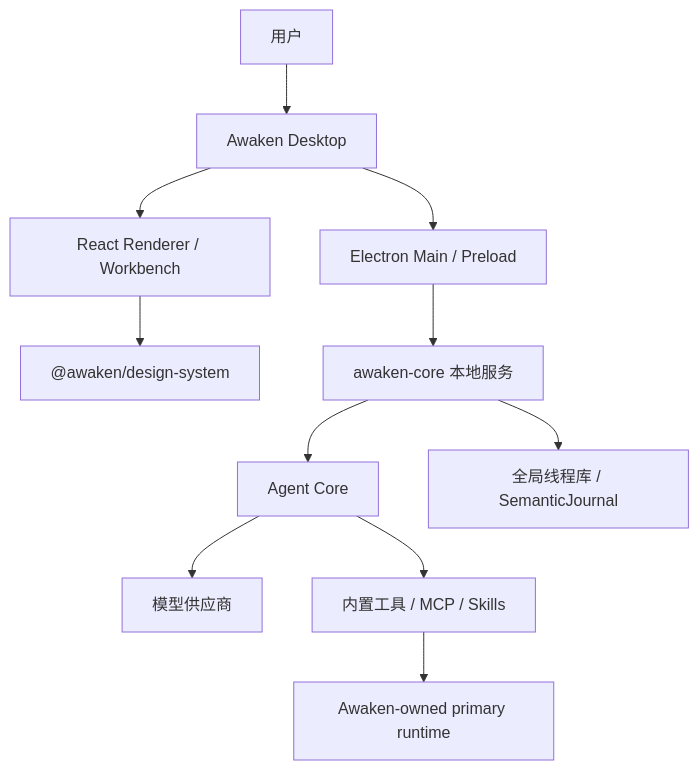
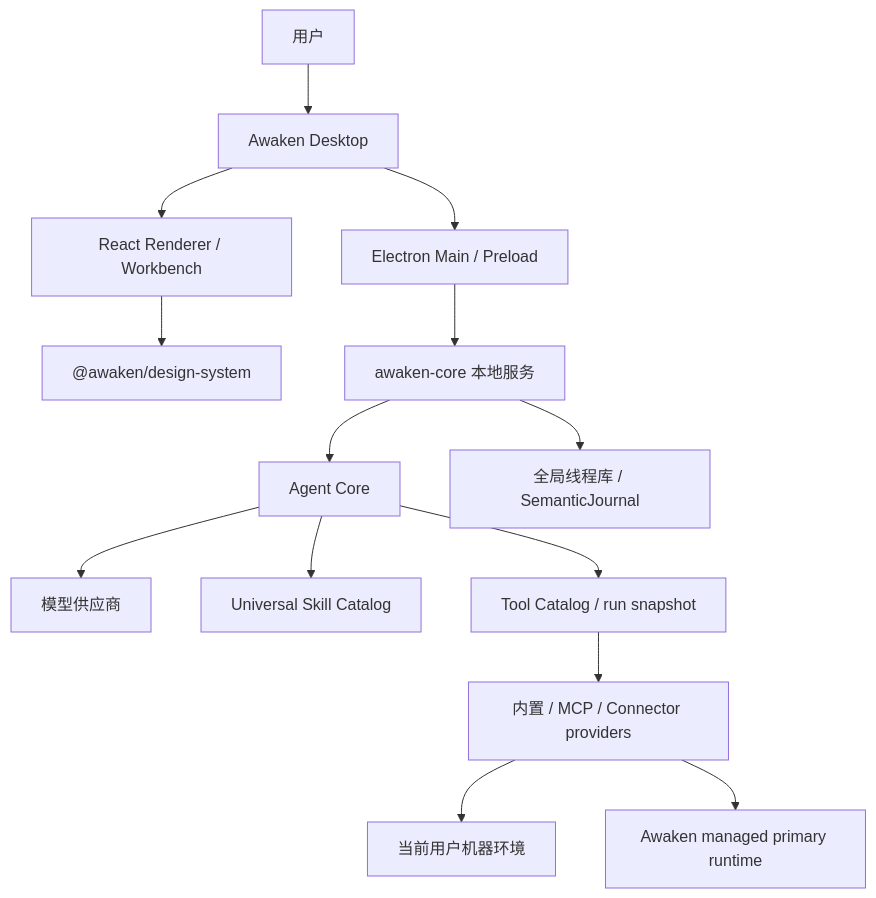
One commit to NolanGrant556/Awaken changed the diagram in README.md. Above: the diagram before and after it, drawn with Mermaid. The commit also changed other lines of this file and 72 other files, not shown here.

````diff
--- a/README.md
+++ b/README.md
@@ -39,13 +39,16 @@
 ```mermaid
 flowchart TD
   User["用户"] --> Desktop["Awaken Desktop"]
   Desktop --> Main["Electron Main / Preload"]
   Desktop --> Renderer["React Renderer / Workbench"]
   Renderer --> DS["@awaken/design-system"]
   Main --> Core["awaken-core 本地服务"]
   Core --> Agent["Agent Core"]
   Agent --> Model["模型供应商"]
-  Agent --> Tools["内置工具 / MCP / Skills"]
+  Agent --> Skills["Universal Skill Catalog"]
+  Agent --> Tools["Tool Catalog / run snapshot"]
+  Tools --> Providers["内置 / MCP / Connector providers"]
   Core --> Store["全局线程库 / SemanticJournal"]
-  Tools --> Runtime["Awaken-owned primary runtime"]
+  Providers --> Machine["当前用户机器环境"]
+  Providers --> Runtime["Awaken managed primary runtime"]
 ```
````
